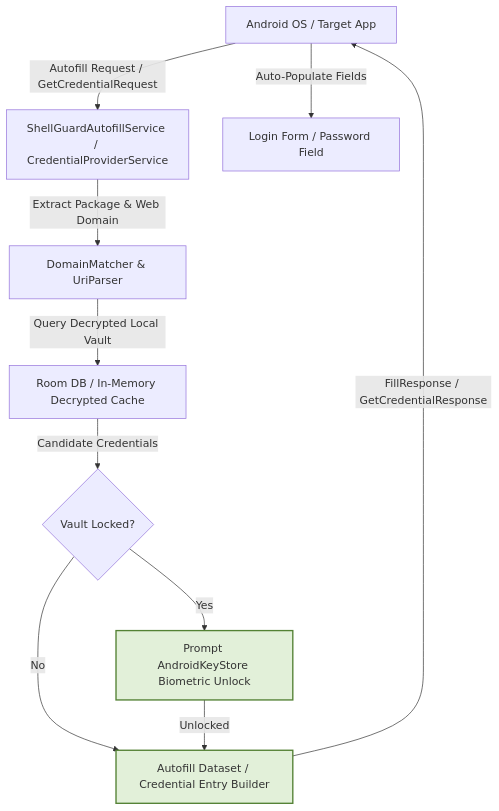
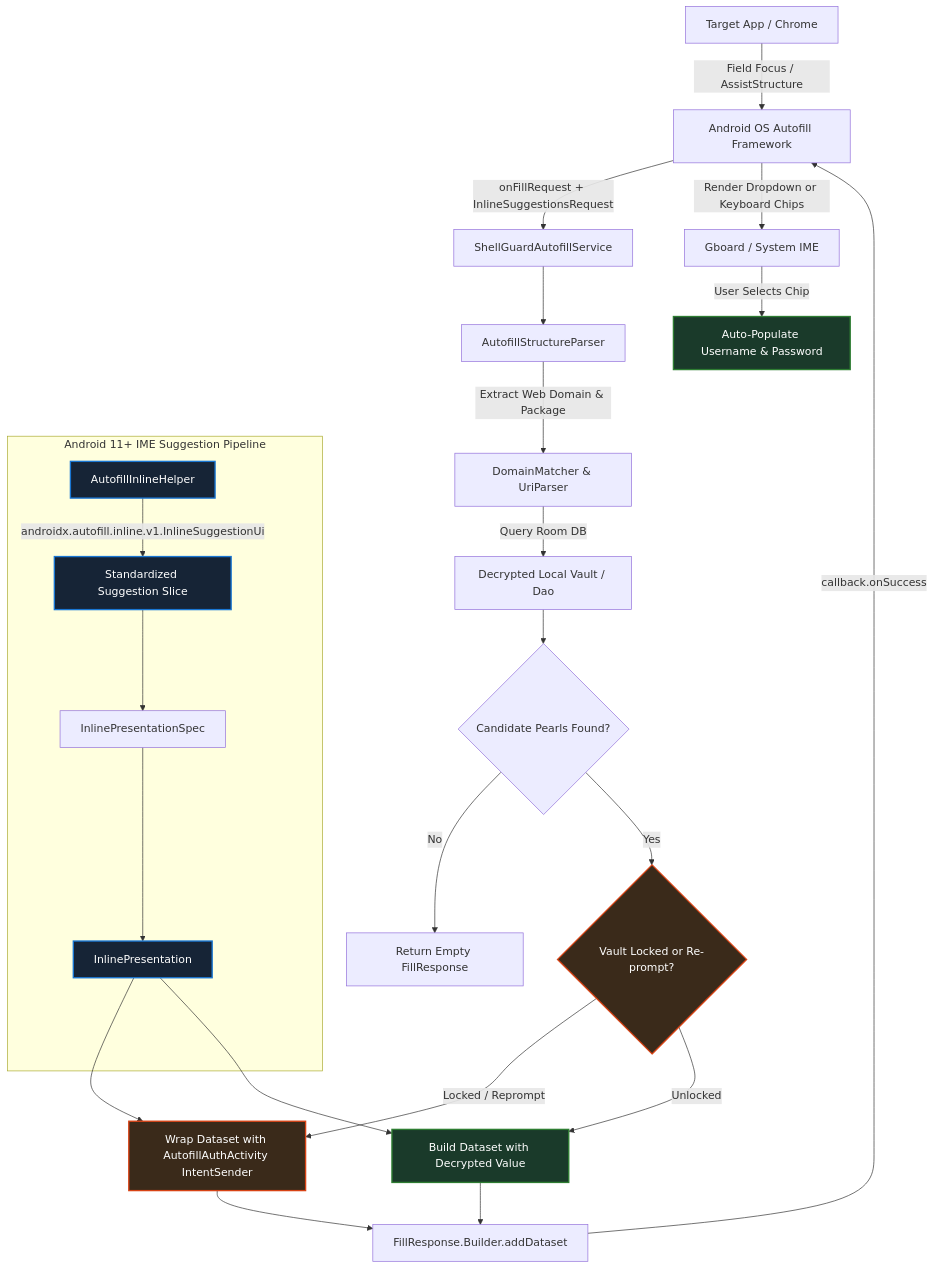
One commit to ClawStackStudios/ShellGuard-Mobile changed the diagram in project/autofill-service-spec.md. Above: the diagram before and after it, drawn with Mermaid. The commit also changed other lines of this file and 12 other files, not shown here.

First line of the commit message:
chore(brain): consolidate 2026 Autofill & Credential Provider research

````diff
--- a/project/autofill-service-spec.md
+++ b/project/autofill-service-spec.md
@@ -12,17 +14,39 @@
 ```mermaid
 flowchart TD
-    OS[Android OS / Target App] -->|Autofill Request / GetCredentialRequest| Service[ShellGuardAutofillService / CredentialProviderService]
-    Service -->|Extract Package & Web Domain| Matcher[DomainMatcher & UriParser]
-    Matcher -->|Query Decrypted Local Vault| Cache[Room DB / In-Memory Decrypted Cache]
-    Cache -->|Candidate Credentials| Gate{Vault Locked?}
+    App[Target App / Chrome] -->|Field Focus / AssistStructure| OS[Android OS Autofill Framework]
+    OS -->|onFillRequest + InlineSuggestionsRequest| Service[ShellGuardAutofillService]
     
-    Gate -->|Yes| Biometric[Prompt AndroidKeyStore Biometric Unlock]
-    Gate -->|No| Builder[Autofill Dataset / Credential Entry Builder]
-    Biometric -->|Unlocked| Builder
+    Service --> Parser[AutofillStructureParser]
+    Parser -->|Extract Web Domain & Package| Matcher[DomainMatcher & UriParser]
+    Matcher -->|Query Room DB| LocalVault[Decrypted Local Vault / Dao]
     
-    Builder -->|FillResponse / GetCredentialResponse| OS
-    OS -->|Auto-Populate Fields| Target[Login Form / Password Field]
+    LocalVault --> Candidates{Candidate Pearls Found?}
+    Candidates -->|No| NullResp[Return Empty FillResponse]
+    Candidates -->|Yes| Gate{Vault Locked or Re-prompt?}
+    
+    subgraph InlineRendering ["Android 11+ IME Suggestion Pipeline"]
+        Helper[AutofillInlineHelper] -->|androidx.autofill.inline.v1.InlineSuggestionUi| Slice[Standardized Suggestion Slice]
+        Slice --> Spec[InlinePresentationSpec]
+        Spec --> InlinePres[InlinePresentation]
+    end
 
-    classDef secure fill:#e2f0d9,stroke:#548235,stroke-width:2px;
-    class Biometric,Builder secure;
+    Gate -->|Locked / Reprompt| AuthDataset[Wrap Dataset with AutofillAuthActivity IntentSender]
+    Gate -->|Unlocked| PlainDataset[Build Dataset with Decrypted Value]
+
+    InlinePres --> AuthDataset
+    InlinePres --> PlainDataset
+
+    AuthDataset --> Resp[FillResponse.Builder.addDataset]
+    PlainDataset --> Resp
+
+    Resp -->|callback.onSuccess| OS
+    OS -->|Render Dropdown or Keyboard Chips| Gboard[Gboard / System IME]
+    Gboard -->|User Selects Chip| Target[Auto-Populate Username & Password]
+
+    classDef secure fill:#1a3a2a,stroke:#2e7d32,stroke-width:2px,color:#fff;
+    classDef warning fill:#3a2a1a,stroke:#d84315,stroke-width:2px,color:#fff;
+    classDef info fill:#162436,stroke:#1976d2,stroke-width:2px,color:#fff;
+    class Gate,AuthDataset warning;
+    class PlainDataset,Target secure;
+    class Helper,Slice,InlinePres info;
 ```
````
